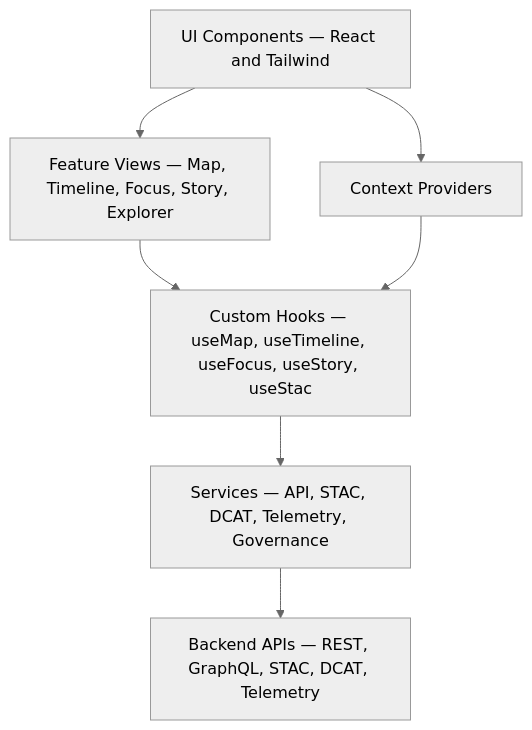
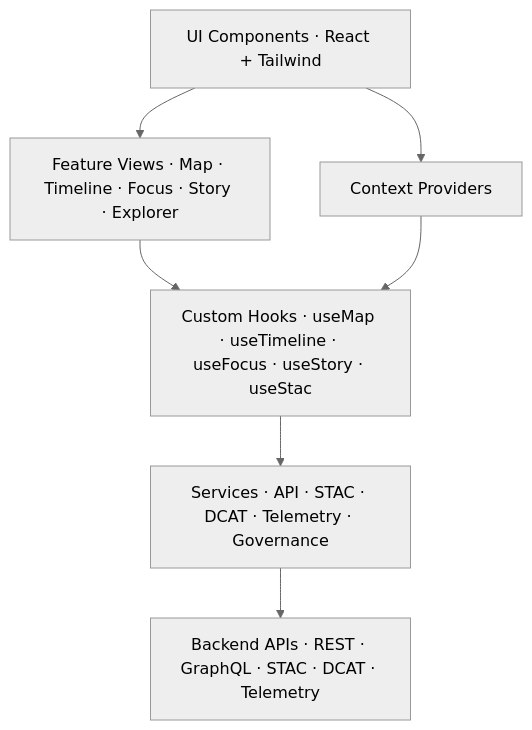
Before and after one commit to bartytime4life/Kansas-Frontier-Matrix: the diagram in web/src/ARCHITECTURE.md, drawn with Mermaid (neutral theme). The commit also changed other lines of this file, not shown here.

````diff
--- a/web/src/ARCHITECTURE.md
+++ b/web/src/ARCHITECTURE.md
@@ -131,9 +198,10 @@
 ```mermaid
 flowchart TD
-    UI["UI Components — React and Tailwind"] --> CTX["Context Providers"]
-    UI --> FEAT["Feature Views — Map, Timeline, Focus, Story, Explorer"]
-    FEAT --> HK["Custom Hooks — useMap, useTimeline, useFocus, useStory, useStac"]
-    HK --> SVC["Services — API, STAC, DCAT, Telemetry, Governance"]
+    UI["UI Components · React + Tailwind"] --> CTX["Context Providers"]
+    UI --> FEAT["Feature Views · Map · Timeline · Focus · Story · Explorer"]
+
+    FEAT --> HK["Custom Hooks · useMap · useTimeline · useFocus · useStory · useStac"]
+    HK --> SVC["Services · API · STAC · DCAT · Telemetry · Governance"]
     CTX --> HK
-    SVC --> API["Backend APIs — REST, GraphQL, STAC, DCAT, Telemetry"]
+    SVC --> API["Backend APIs · REST · GraphQL · STAC · DCAT · Telemetry"]
 ```
````
